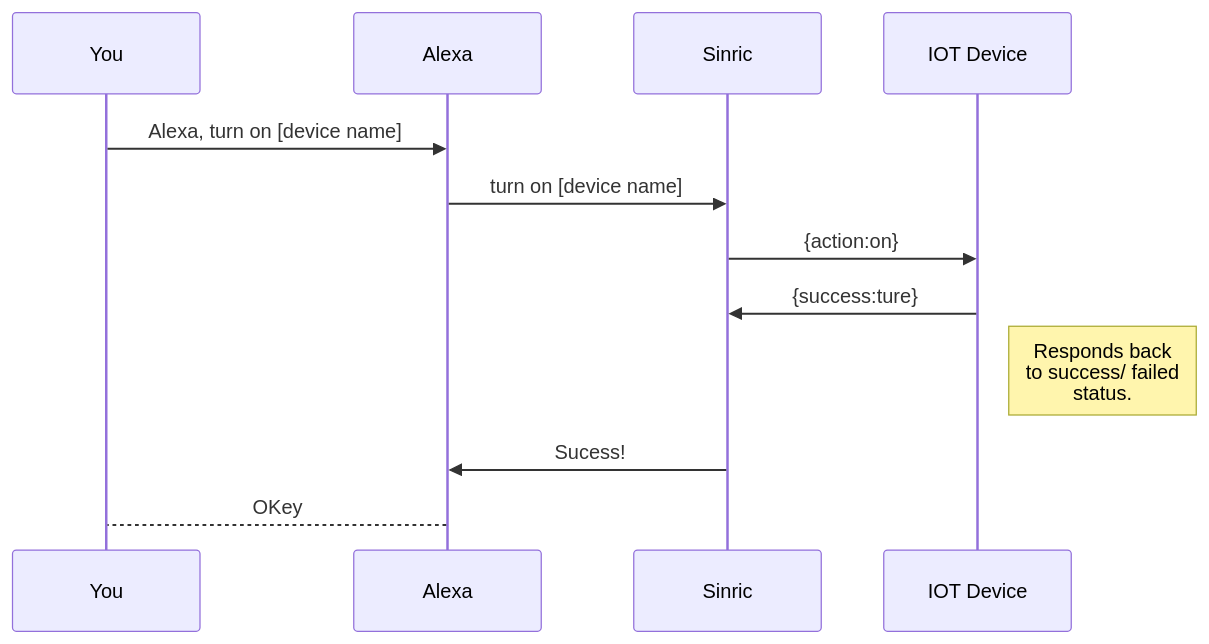
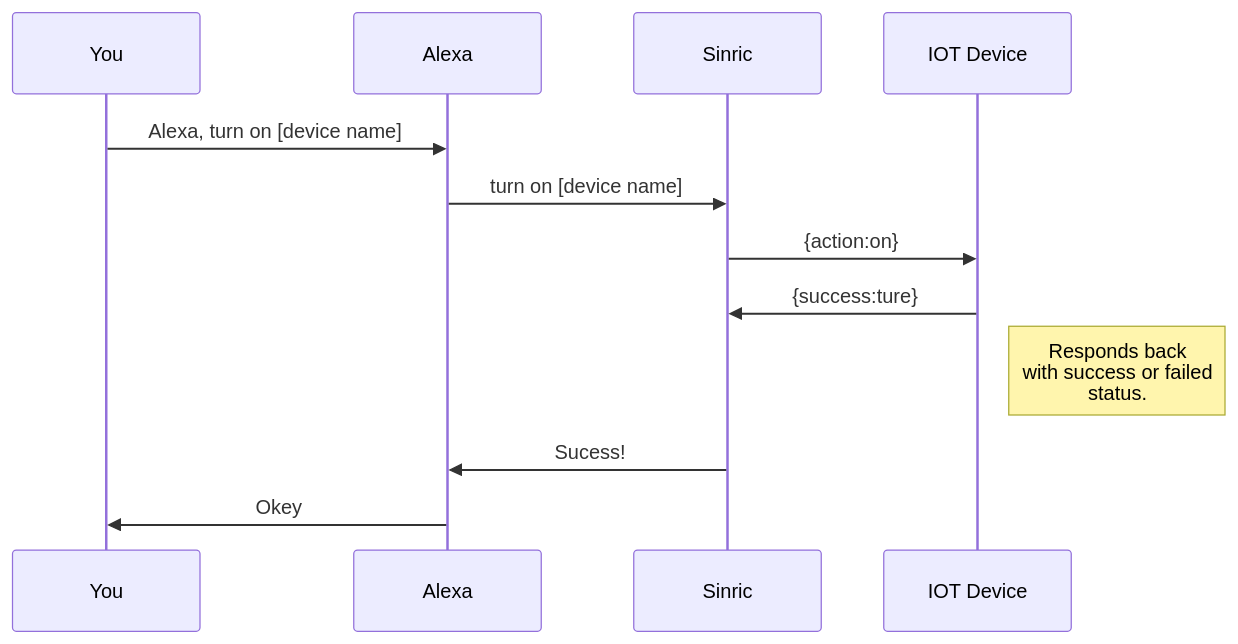
Before and after one commit to kakopappa/sinric-pro-help: the first of 2 diagrams in Welcome file.md, drawn with Mermaid. The commit also changed other lines of this file, not shown here.

Commit message:
Welcome file.md updated from https://stackedit.io/

````diff
--- a/Welcome file.md
+++ b/Welcome file.md
@@ -124,10 +124,10 @@
 ```mermaid
 sequenceDiagram
 You ->> Alexa: Alexa, turn on [device name]
 Alexa->>Sinric: turn on [device name]
 Sinric->>IOT Device: {action:on}
 IOT Device->>Sinric: {success:ture}
-Note right of IOT Device: Responds back <br/>to success/ failed <br/>status.
+Note right of IOT Device: Responds back <br/>with success or failed <br/>status.
 Sinric->> Alexa : Sucess!
-Alexa--> You : OKey
+Alexa->> You : Okey
 ```
````
